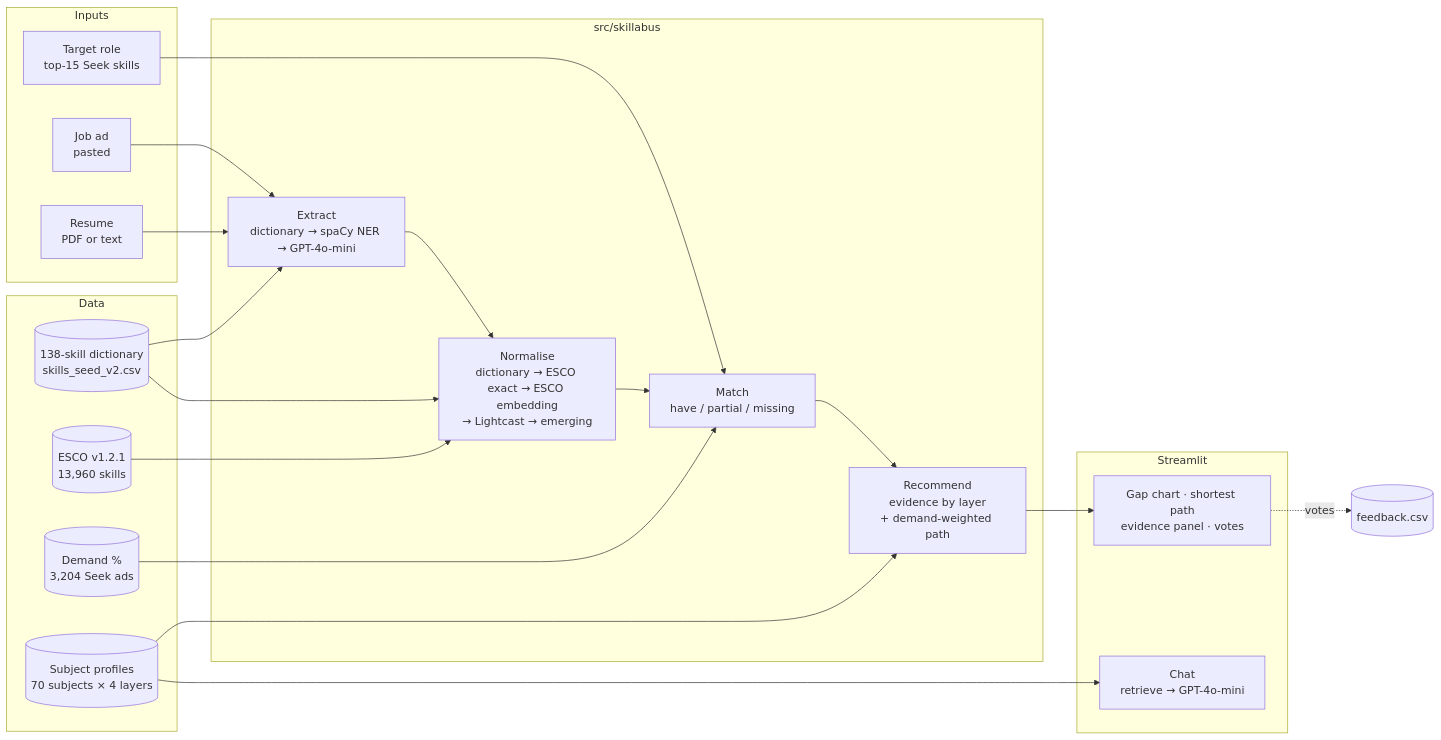
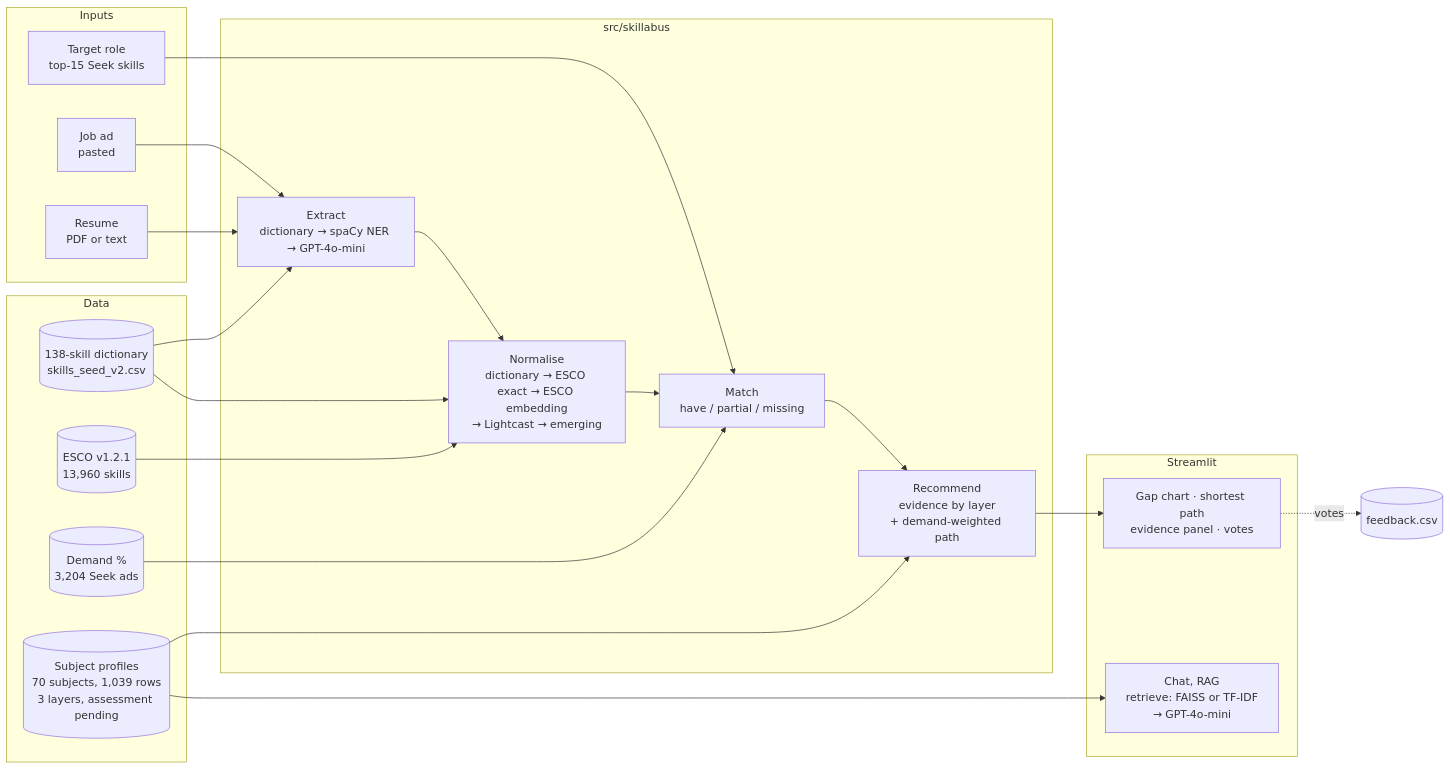
One commit to AndyPham2004/ANLP-AT2-Skillabus changed the diagram in docs/report/05_system.md. Above: the diagram before and after it, drawn with Mermaid. The commit also changed other lines of this file and 2 other files, not shown here.

````diff
--- a/docs/report/05_system.md
+++ b/docs/report/05_system.md
@@ -7,35 +7,35 @@
 ```mermaid
 flowchart LR
   subgraph Inputs
     AD[Job ad<br/>pasted]
     CV[Resume<br/>PDF or text]
     ROLE[Target role<br/>top-15 Seek skills]
   end
   subgraph Pipeline [src/skillabus]
     EX[Extract<br/>dictionary → spaCy NER → GPT-4o-mini]
     NO[Normalise<br/>dictionary → ESCO exact → ESCO embedding<br/>→ Lightcast → emerging]
     MA[Match<br/>have / partial / missing]
     RE[Recommend<br/>evidence by layer<br/>+ demand-weighted path]
   end
   subgraph Data
     SEED[(138-skill dictionary<br/>skills_seed_v2.csv)]
     ESCO[(ESCO v1.2.1<br/>13,960 skills)]
     DEM[(Demand %<br/>3,204 Seek ads)]
-    SUB[(Subject profiles<br/>70 subjects × 4 layers)]
+    SUB[(Subject profiles<br/>70 subjects, 1,039 rows<br/>3 layers, assessment pending)]
   end
   subgraph App [Streamlit]
     UI[Gap chart · shortest path<br/>evidence panel · votes]
-    CHAT[Chat<br/>retrieve → GPT-4o-mini]
+    CHAT[Chat, RAG<br/>retrieve: FAISS or TF-IDF<br/>→ GPT-4o-mini]
   end
   AD --> EX
   CV --> EX
   ROLE --> MA
   EX --> NO --> MA --> RE --> UI
   SEED --> EX
   SEED --> NO
   ESCO --> NO
   DEM --> MA
   SUB --> RE
   SUB --> CHAT
   UI -. votes .-> FB[(feedback.csv)]
 ```
````
